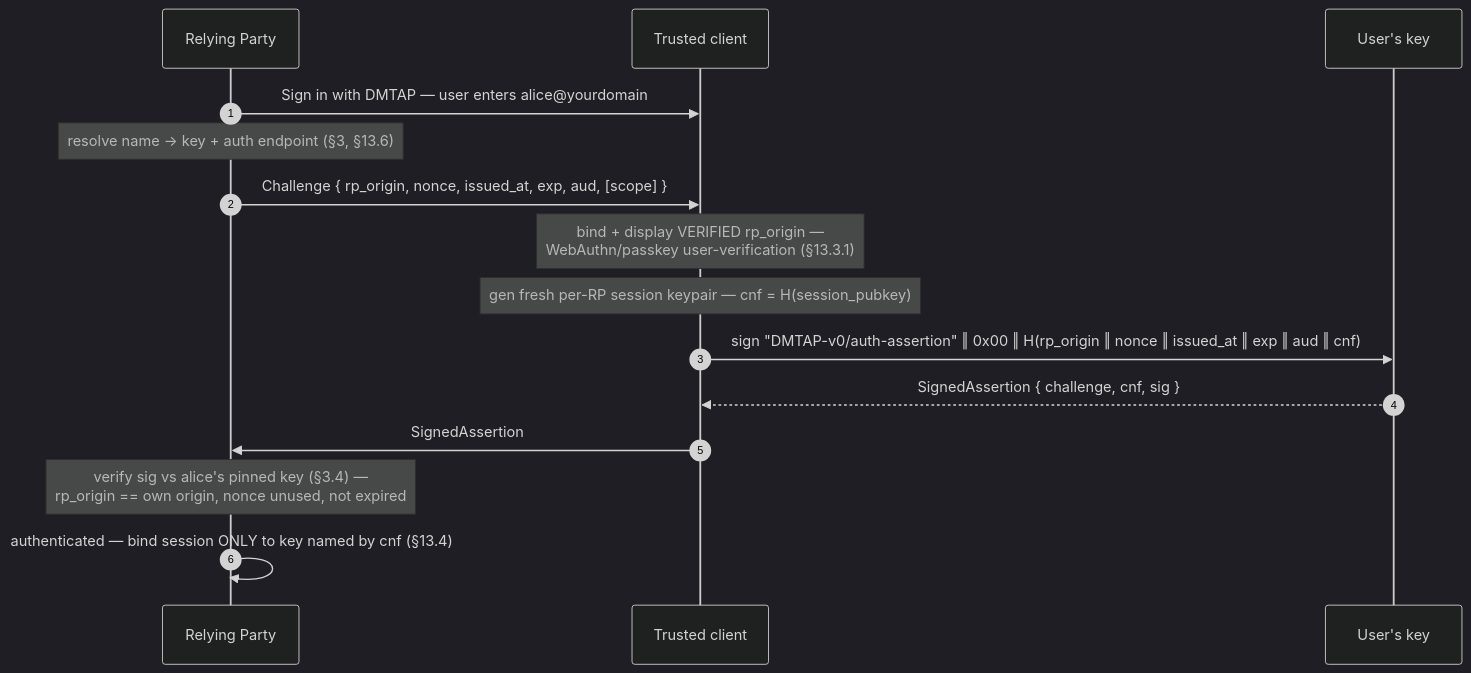
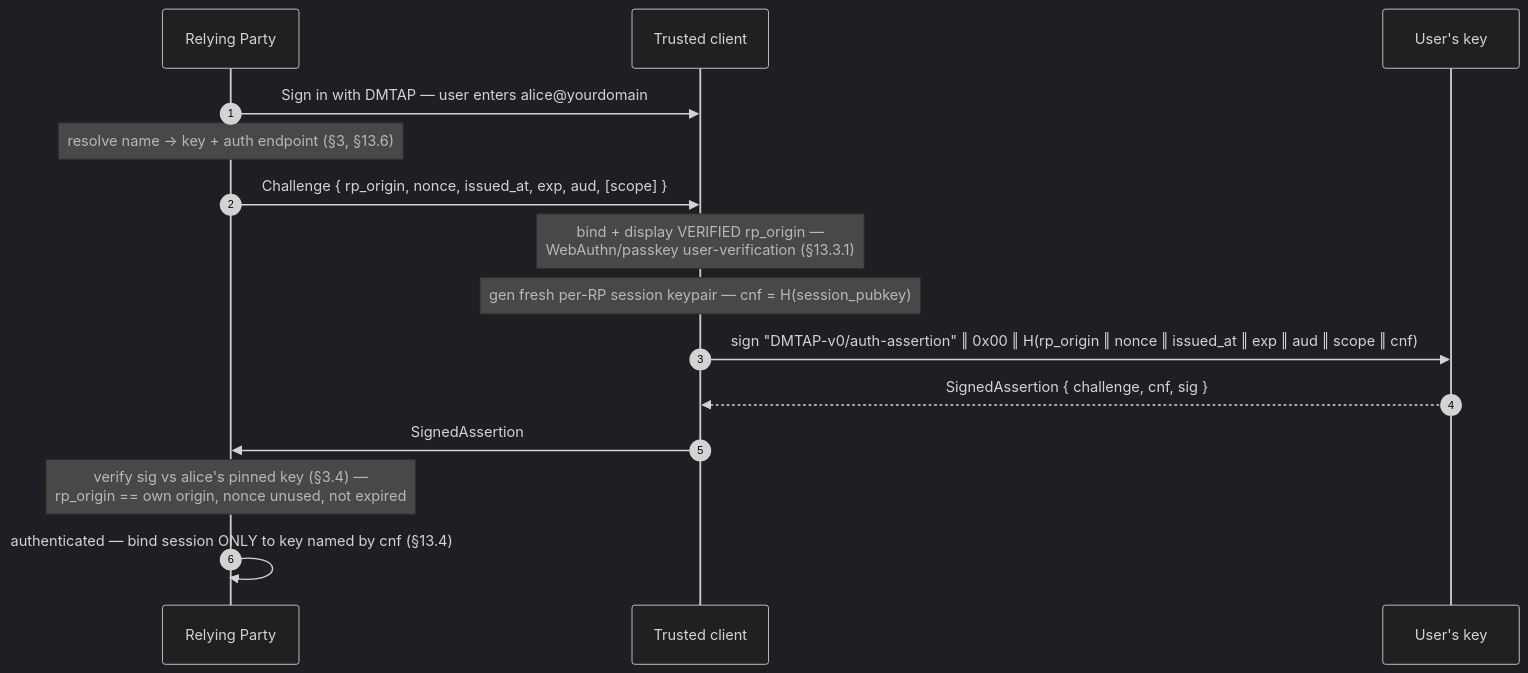
The diagram in 13-identity-auth.md (vul-os/kotva), drawn with Mermaid (dark theme) before and after one commit. The commit also changed other lines of this file and 11 other files, not shown here.

````diff
--- a/13-identity-auth.md
+++ b/13-identity-auth.md
@@ -65,17 +70,17 @@
 ```mermaid
 sequenceDiagram
   autonumber
   participant RP as Relying Party
   participant TC as Trusted client
   participant K as User's key
   RP->>TC: Sign in with DMTAP — user enters alice@yourdomain
   Note over RP: resolve name → key + auth endpoint (§3, §13.6)
   RP->>TC: Challenge { rp_origin, nonce, issued_at, exp, aud, [scope] }
   Note over TC: bind + display VERIFIED rp_origin —<br/>WebAuthn/passkey user-verification (§13.3.1)
   Note over TC: gen fresh per-RP session keypair — cnf = H(session_pubkey)
-  TC->>K: sign "DMTAP-v0/auth-assertion" ‖ 0x00 ‖ H(rp_origin ‖ nonce ‖ issued_at ‖ exp ‖ aud ‖ cnf)
+  TC->>K: sign "DMTAP-v0/auth-assertion" ‖ 0x00 ‖ H(rp_origin ‖ nonce ‖ issued_at ‖ exp ‖ aud ‖ scope ‖ cnf)
   K-->>TC: SignedAssertion { challenge, cnf, sig }
   TC->>RP: SignedAssertion
   Note over RP: verify sig vs alice's pinned key (§3.4) —<br/>rp_origin == own origin, nonce unused, not expired
   RP->>RP: authenticated — bind session ONLY to key named by cnf (§13.4)
 ```
````
